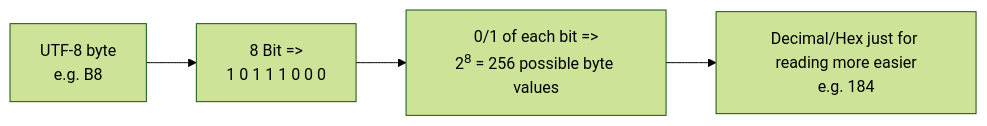
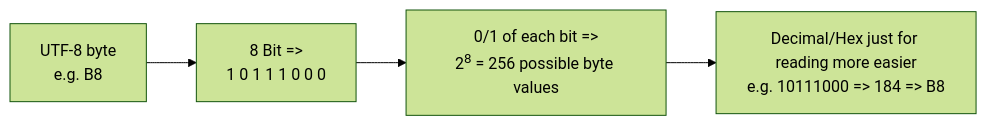
The fourth of 10 diagrams in index.md (ChrisZhu2050/chriszhu2050.github.io), drawn with Mermaid (forest theme) before and after one commit.

````diff
--- a/index.md
+++ b/index.md
@@ -126,8 +126,8 @@
       ```mermaid
         graph LR
             A["`UTF-8 byte
             e.g. B8`"] --> B["8 Bit => 
             1 0 1 1 1 0 0 0"] --> C["`0/1 of each bit =>
             2<sup>8</sup> = 256 possible byte values`"] --> D["`Decimal/Hex just for reading more easier
-            e.g. 184`"]
+            e.g. 10111000 => 184 => B8`"]
       ```
````
